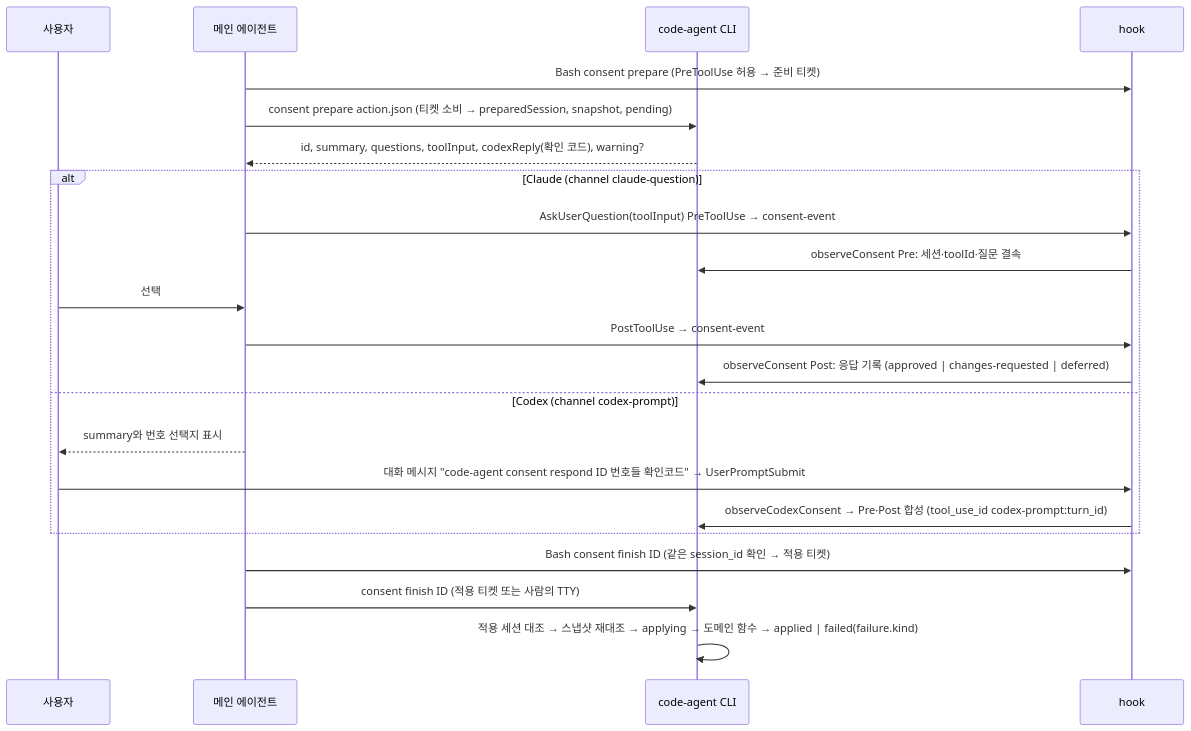
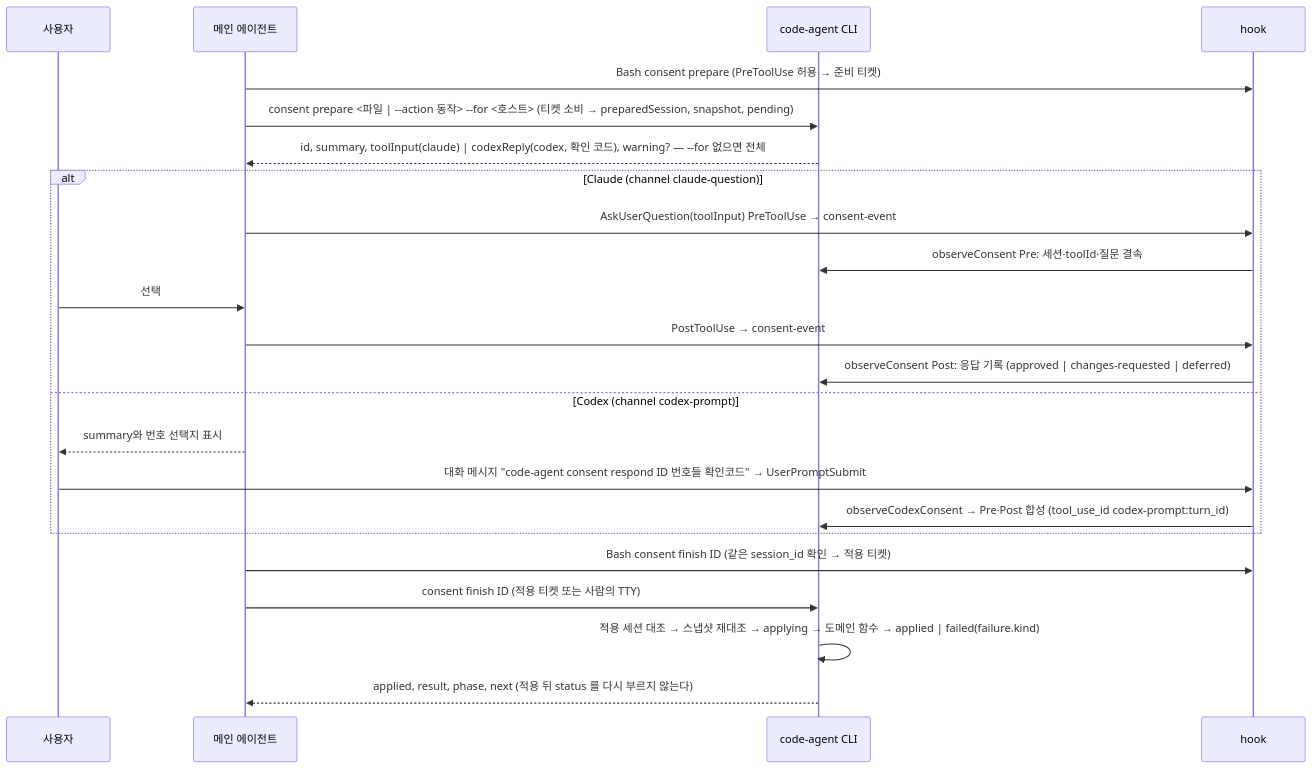
The second of 3 diagrams in doc/process-flow.md (collenkim/code-agent), drawn with Mermaid before and after one commit. The commit also changed other lines of this file and 18 other files, not shown here.

````diff
--- a/doc/process-flow.md
+++ b/doc/process-flow.md
@@ -152,24 +152,25 @@
 ```mermaid
 sequenceDiagram
   participant U as 사용자
   participant M as 메인 에이전트
   participant C as code-agent CLI
   participant H as hook
   M->>H: Bash consent prepare (PreToolUse 허용 → 준비 티켓)
-  M->>C: consent prepare action.json (티켓 소비 → preparedSession, snapshot, pending)
-  C-->>M: id, summary, questions, toolInput, codexReply(확인 코드), warning?
+  M->>C: consent prepare <파일 | --action 동작> --for <호스트> (티켓 소비 → preparedSession, snapshot, pending)
+  C-->>M: id, summary, toolInput(claude) | codexReply(codex, 확인 코드), warning? — --for 없으면 전체
   alt Claude (channel claude-question)
     M->>H: AskUserQuestion(toolInput) PreToolUse → consent-event
     H->>C: observeConsent Pre: 세션·toolId·질문 결속
     U->>M: 선택
     M->>H: PostToolUse → consent-event
     H->>C: observeConsent Post: 응답 기록 (approved | changes-requested | deferred)
   else Codex (channel codex-prompt)
     M-->>U: summary와 번호 선택지 표시
     U->>H: 대화 메시지 "code-agent consent respond ID 번호들 확인코드" → UserPromptSubmit
     H->>C: observeCodexConsent → Pre·Post 합성 (tool_use_id codex-prompt:turn_id)
   end
   M->>H: Bash consent finish ID (같은 session_id 확인 → 적용 티켓)
   M->>C: consent finish ID (적용 티켓 또는 사람의 TTY)
   C->>C: 적용 세션 대조 → 스냅샷 재대조 → applying → 도메인 함수 → applied | failed(failure.kind)
+  C-->>M: applied, result, phase, next (적용 뒤 status 를 다시 부르지 않는다)
 ```
````
